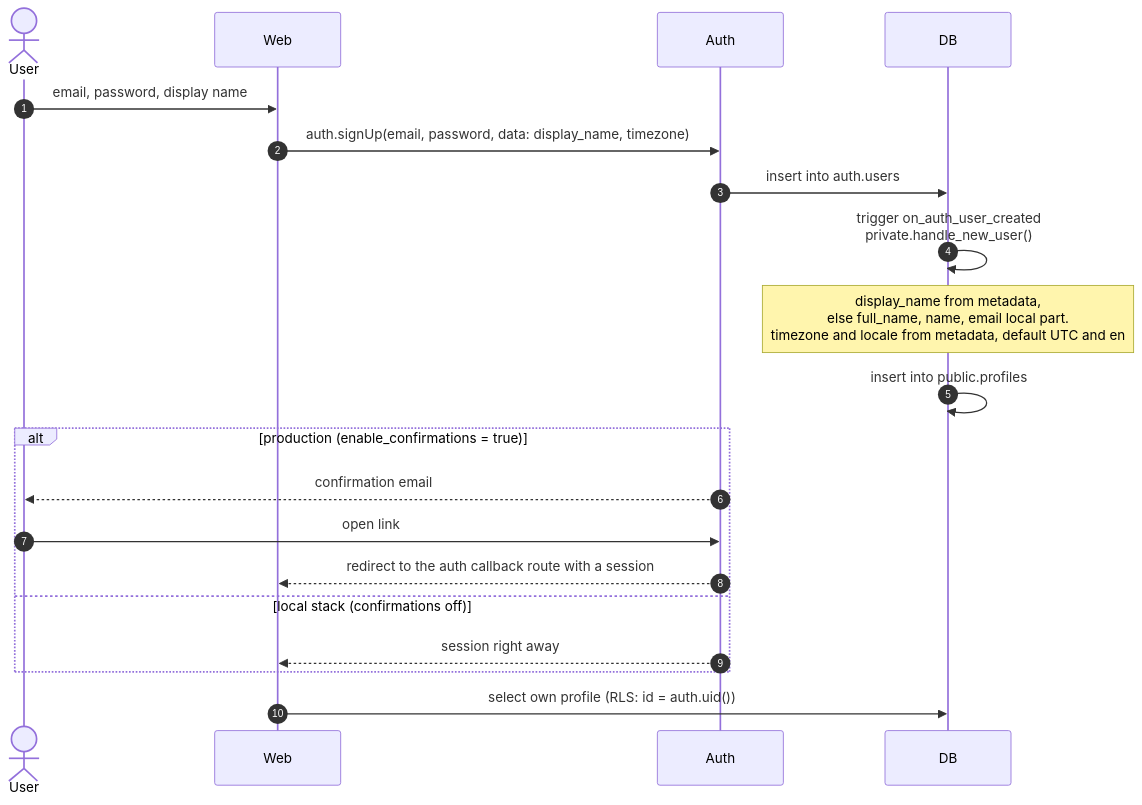
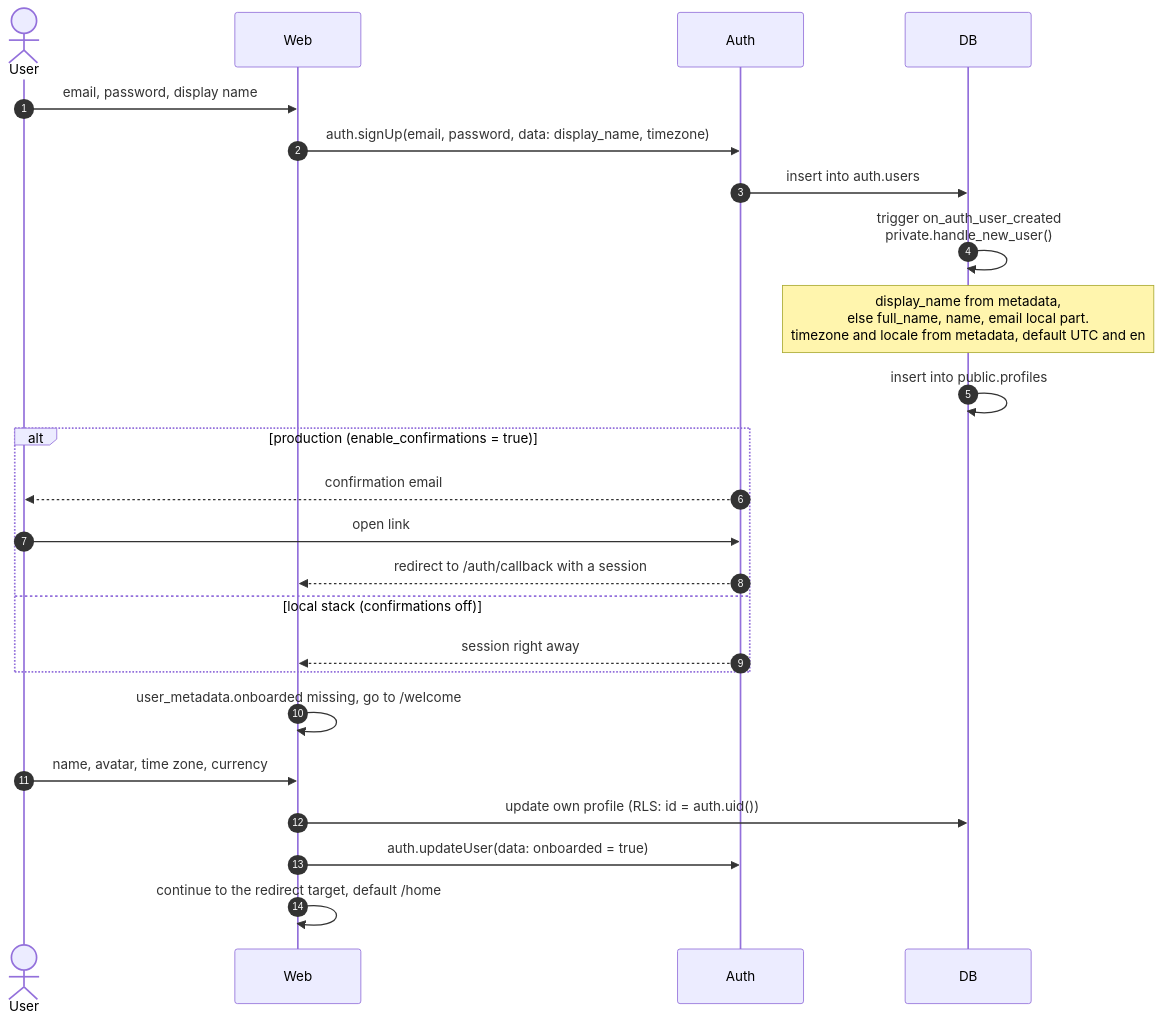
Before and after one commit to Fermulate/potluck: the first of 14 diagrams in docs/sequences.md, drawn with Mermaid. The commit also changed other lines of this file and 1 other file, not shown here.

Commit message:
update push, onboarding and app shell routing docs

````diff
--- a/docs/sequences.md
+++ b/docs/sequences.md
@@ -33,23 +33,27 @@
 ```mermaid
 sequenceDiagram
   autonumber
   actor U as User
   participant W as Web
   participant A as Auth
   participant DB as DB
 
   U->>W: email, password, display name
   W->>A: auth.signUp(email, password, data: display_name, timezone)
   A->>DB: insert into auth.users
   DB->>DB: trigger on_auth_user_created<br/>private.handle_new_user()
   Note over DB: display_name from metadata,<br/>else full_name, name, email local part.<br/>timezone and locale from metadata, default UTC and en
   DB->>DB: insert into public.profiles
   alt production (enable_confirmations = true)
     A-->>U: confirmation email
     U->>A: open link
-    A-->>W: redirect to the auth callback route with a session
+    A-->>W: redirect to /auth/callback with a session
   else local stack (confirmations off)
     A-->>W: session right away
   end
-  W->>DB: select own profile (RLS: id = auth.uid())
+  W->>W: user_metadata.onboarded missing, go to /welcome
+  U->>W: name, avatar, time zone, currency
+  W->>DB: update own profile (RLS: id = auth.uid())
+  W->>A: auth.updateUser(data: onboarded = true)
+  W->>W: continue to the redirect target, default /home
 ```
````
